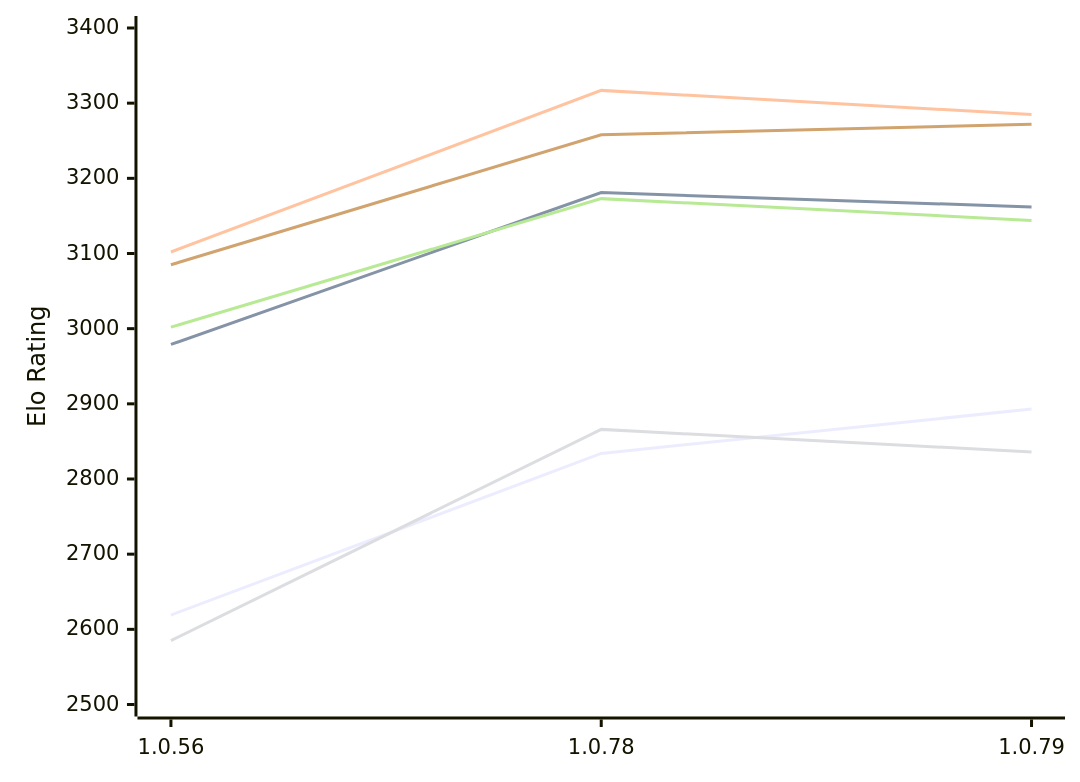
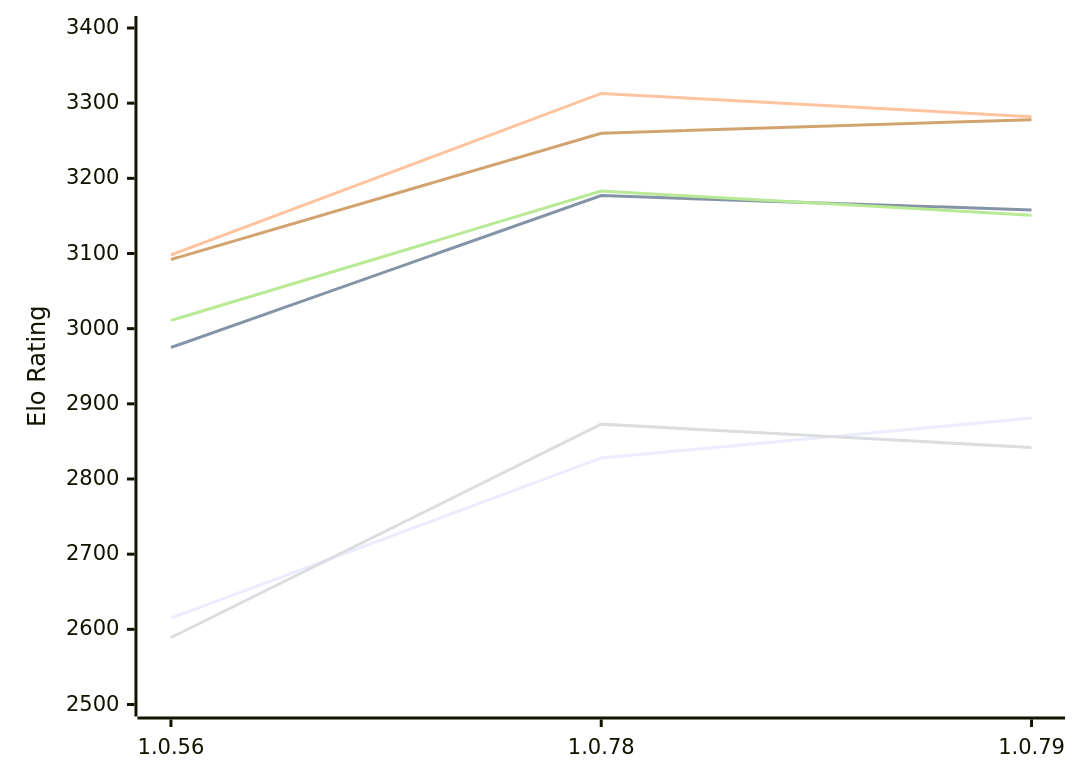
One commit to computer-chess-index/cci changed the first of 2 diagrams in engines/RustyRival.md. Above: the diagram before and after it, drawn with Mermaid. The commit also changed other lines of this file, not shown here.

Commit message:
Update CCI Ratings (ELO VLTC) - 2026-11-21

````diff
--- a/engines/RustyRival.md
+++ b/engines/RustyRival.md
@@ -65,12 +65,12 @@
 ```mermaid
 %%{init: {"theme":"base","themeVariables":{"seriesColors:['#a3a3a3','#222221','#faa371']}}}%%
 xychart-beta
   x-axis ["1.0.56", "1.0.78", "1.0.79"]
   y-axis "Elo Rating" 2500 --> 3400
-  line "E1: STC (8.0+0.08s)" [2619, 2834, 2893]
-  line "E1: LTC (60.0+0.60s)" [2979, 3181, 3162]
-  line "E1: VLTC (2m24s+1.12s)" [3102, 3317, 3285]
-  line "P1: STC (8.0+0.08s)" [2585, 2866, 2836]
-  line "P1: LTC (60.0+0.60s)" [3002, 3173, 3144]
-  line "P1: VLTC (2m24s+1.12s)" [3085, 3258, 3272]
+  line "E1: STC (8.0+0.08s)" [2615, 2828, 2881]
+  line "E1: LTC (60.0+0.60s)" [2975, 3177, 3158]
+  line "E1: VLTC (2m24s+1.12s)" [3098, 3313, 3282]
+  line "P1: STC (8.0+0.08s)" [2589, 2873, 2842]
+  line "P1: LTC (60.0+0.60s)" [3011, 3183, 3151]
+  line "P1: VLTC (2m24s+1.12s)" [3092, 3260, 3278]
 ```
````
